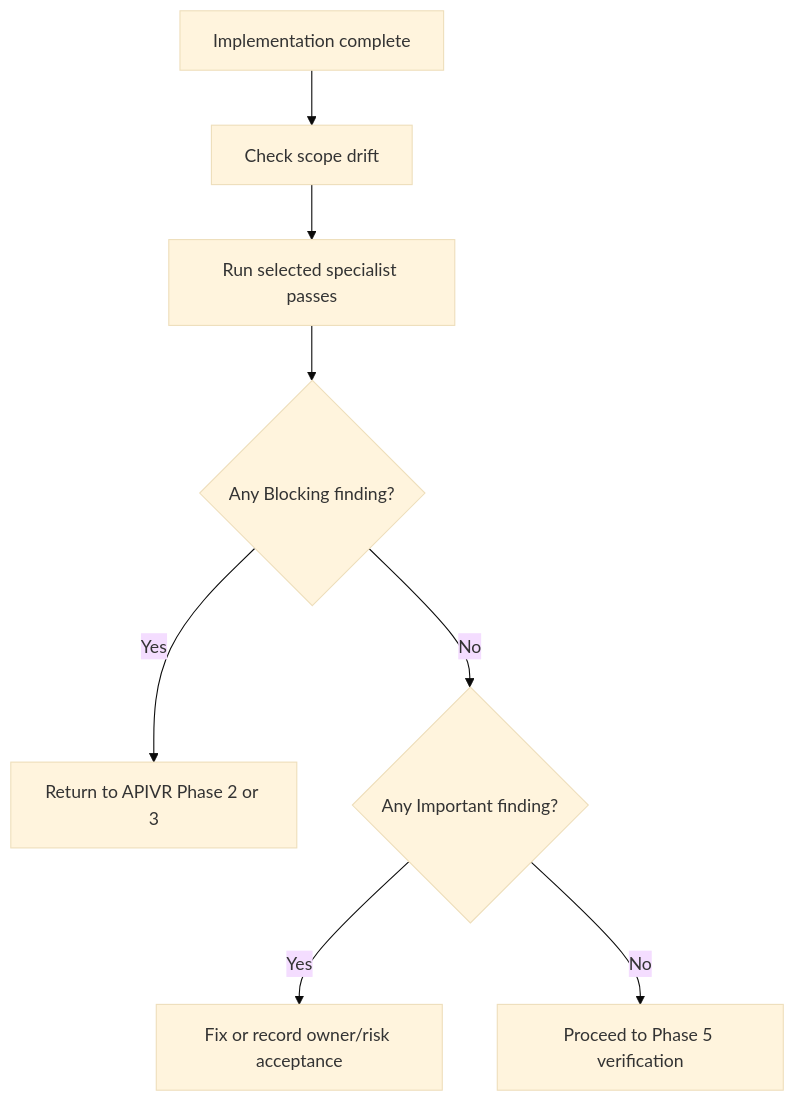
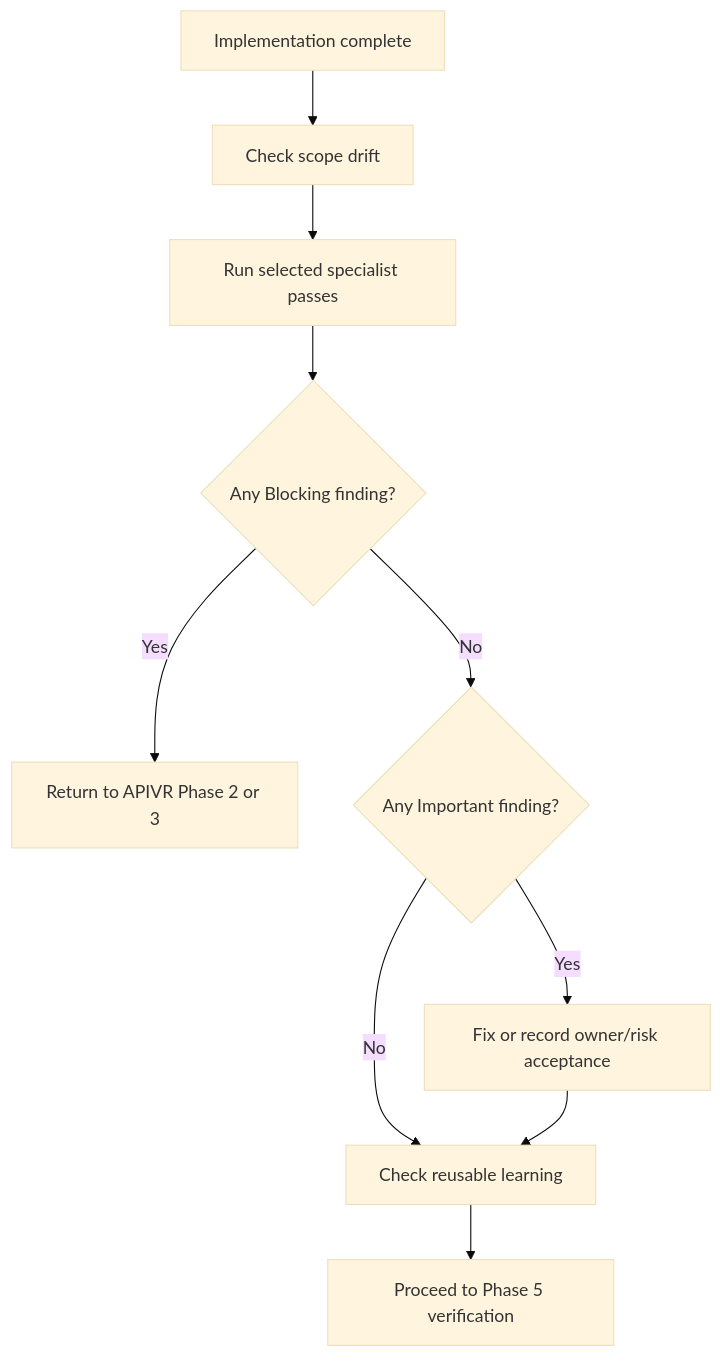
Before and after one commit to wfprieto/wcbs-build-kit: the diagram in skills/code-review-and-review-army/SKILL.md, drawn with Mermaid (base theme). The commit also changed other lines of this file and 16 other files, not shown here.

````diff
--- a/skills/code-review-and-review-army/SKILL.md
+++ b/skills/code-review-and-review-army/SKILL.md
@@ -25,10 +26,12 @@
 ```mermaid
 flowchart TD
   A["Implementation complete"] --> B["Check scope drift"]
   B --> C["Run selected specialist passes"]
   C --> D{"Any Blocking finding?"}
   D -- "Yes" --> E["Return to APIVR Phase 2 or 3"]
   D -- "No" --> F{"Any Important finding?"}
   F -- "Yes" --> G["Fix or record owner/risk acceptance"]
-  F -- "No" --> H["Proceed to Phase 5 verification"]
+  F -- "No" --> H["Check reusable learning"]
+  G --> H
+  H --> I["Proceed to Phase 5 verification"]
 ```
````
